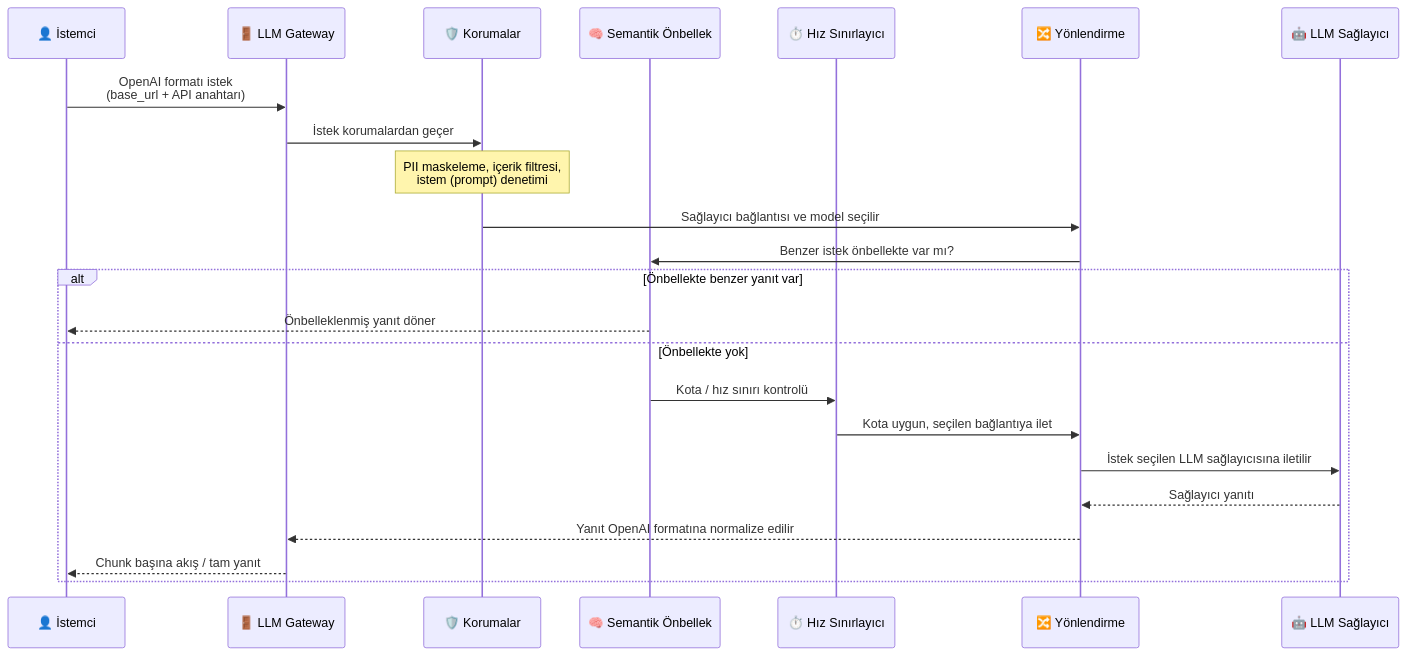
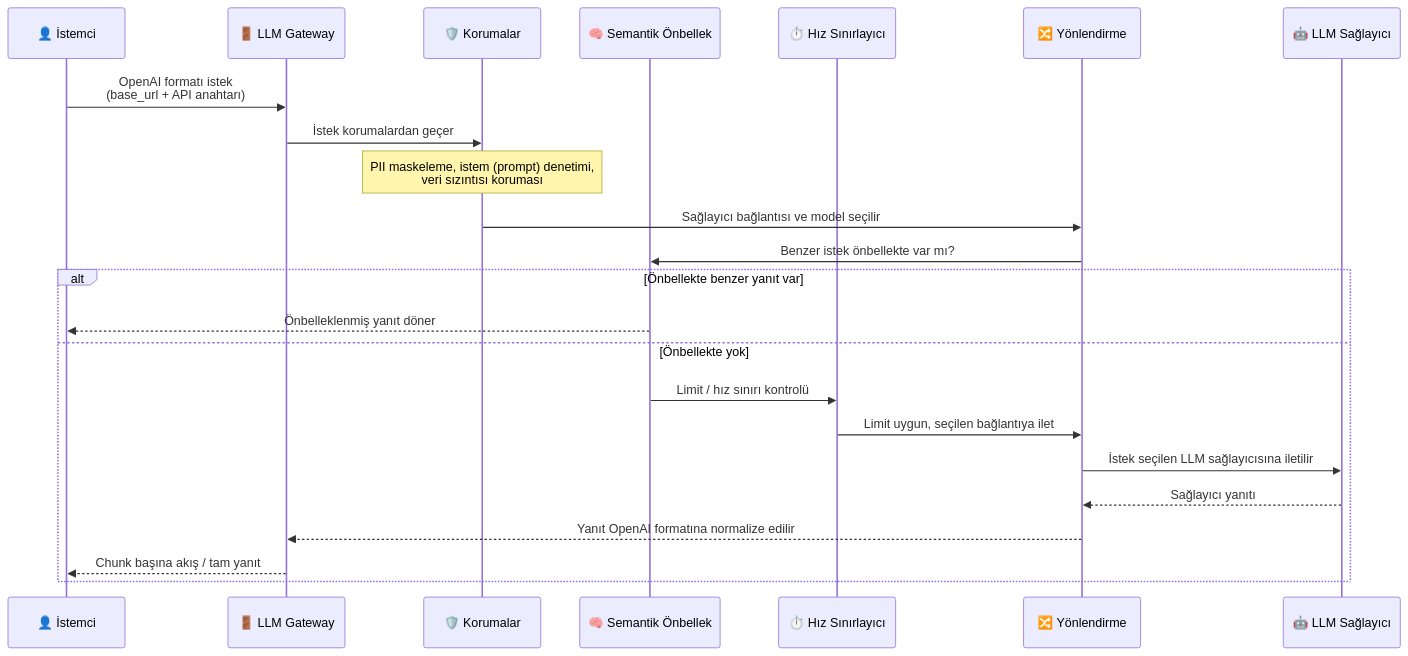
The diagram in tr/ai-gateway/genel-bakis.mdx (apinizer/docs), drawn with Mermaid before and after one commit. The commit also changed other lines of this file and 354 other files, not shown here.

````diff
--- a/tr/ai-gateway/genel-bakis.mdx
+++ b/tr/ai-gateway/genel-bakis.mdx
@@ -57,28 +57,28 @@
 ```mermaid
 sequenceDiagram
     participant Client as 👤 İstemci
     participant Gateway as 🚪 LLM Gateway
     participant Guard as 🛡️ Korumalar
     participant Cache as 🧠 Semantik Önbellek
     participant Limiter as ⏱️ Hız Sınırlayıcı
     participant Router as 🔀 Yönlendirme
     participant Provider as 🤖 LLM Sağlayıcı
 
     Client->>Gateway: OpenAI formatı istek<br/>(base_url + API anahtarı)
     Gateway->>Guard: İstek korumalardan geçer
-    Note over Guard: PII maskeleme, içerik filtresi,<br/>istem (prompt) denetimi
+    Note over Guard: PII maskeleme, istem (prompt) denetimi,<br/>veri sızıntısı koruması
 
     Guard->>Router: Sağlayıcı bağlantısı ve model seçilir
     Router->>Cache: Benzer istek önbellekte var mı?
 
     alt Önbellekte benzer yanıt var
         Cache-->>Client: Önbelleklenmiş yanıt döner
     else Önbellekte yok
-        Cache->>Limiter: Kota / hız sınırı kontrolü
-        Limiter->>Router: Kota uygun, seçilen bağlantıya ilet
+        Cache->>Limiter: Limit / hız sınırı kontrolü
+        Limiter->>Router: Limit uygun, seçilen bağlantıya ilet
         Router->>Provider: İstek seçilen LLM sağlayıcısına iletilir
         Provider-->>Router: Sağlayıcı yanıtı
         Router-->>Gateway: Yanıt OpenAI formatına normalize edilir
         Gateway-->>Client: Chunk başına akış / tam yanıt
     end
 ```
````
